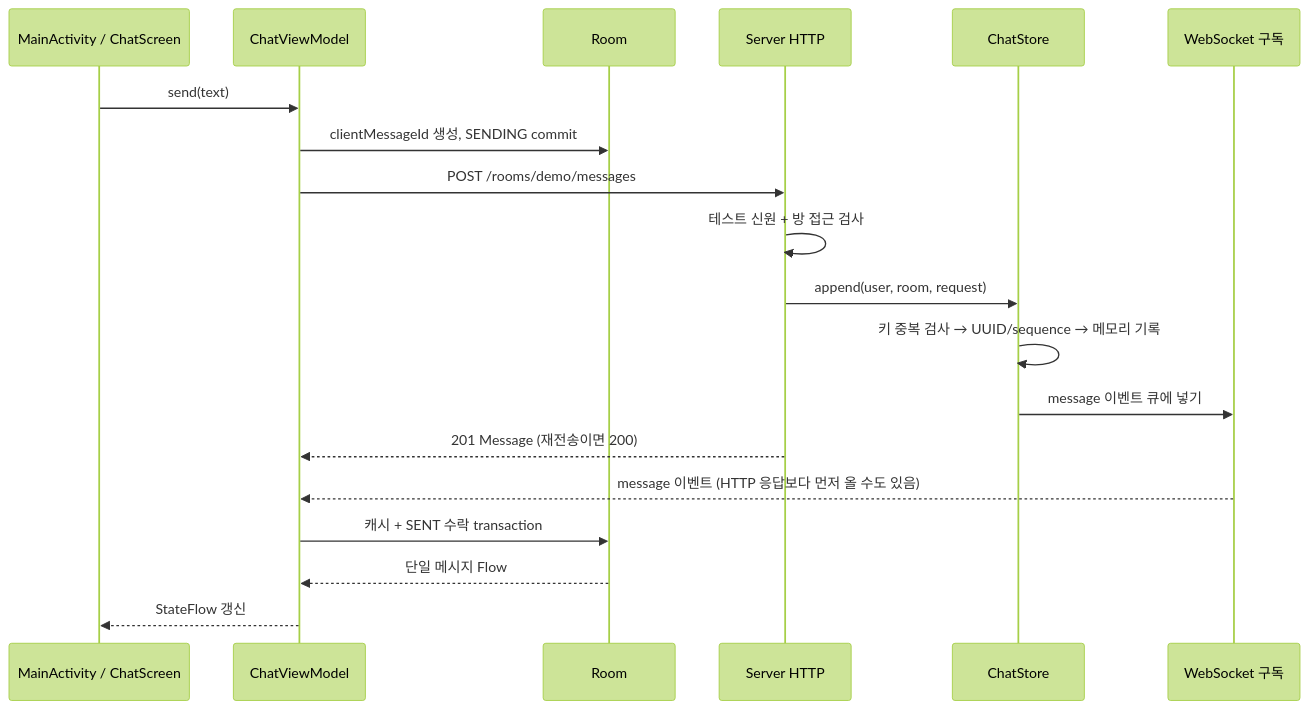
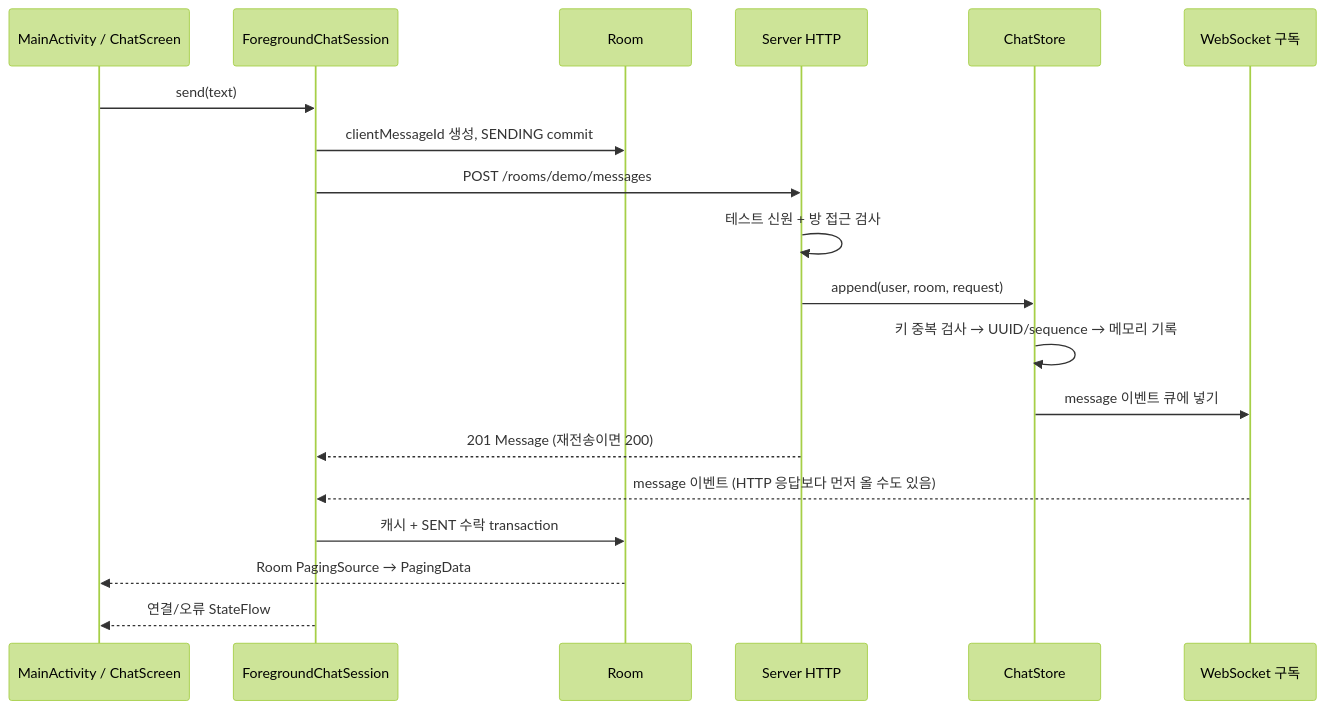
The first of 2 diagrams in STUDY_GUIDE.md (easyhooon/chat-sync-lab), drawn with Mermaid (forest theme) before and after one commit. The commit also changed other lines of this file and 32 other files, not shown here.

Commit message:
Add cursor paging and process foreground chat sessions

````diff
--- a/STUDY_GUIDE.md
+++ b/STUDY_GUIDE.md
@@ -7,21 +7,21 @@
 ```mermaid
 sequenceDiagram
     participant UI as MainActivity / ChatScreen
-    participant VM as ChatViewModel
+    participant VM as ForegroundChatSession
     participant DB as Room
     participant HTTP as Server HTTP
     participant Store as ChatStore
     participant WS as WebSocket 구독
     UI->>VM: send(text)
     VM->>DB: clientMessageId 생성, SENDING commit
     VM->>HTTP: POST /rooms/demo/messages
     HTTP->>HTTP: 테스트 신원 + 방 접근 검사
     HTTP->>Store: append(user, room, request)
     Store->>Store: 키 중복 검사 → UUID/sequence → 메모리 기록
     Store->>WS: message 이벤트 큐에 넣기
     HTTP-->>VM: 201 Message (재전송이면 200)
     WS-->>VM: message 이벤트 (HTTP 응답보다 먼저 올 수도 있음)
     VM->>DB: 캐시 + SENT 수락 transaction
-    DB-->>VM: 단일 메시지 Flow
-    VM-->>UI: StateFlow 갱신
+    DB-->>UI: Room PagingSource → PagingData
+    VM-->>UI: 연결/오류 StateFlow
 ```
````
